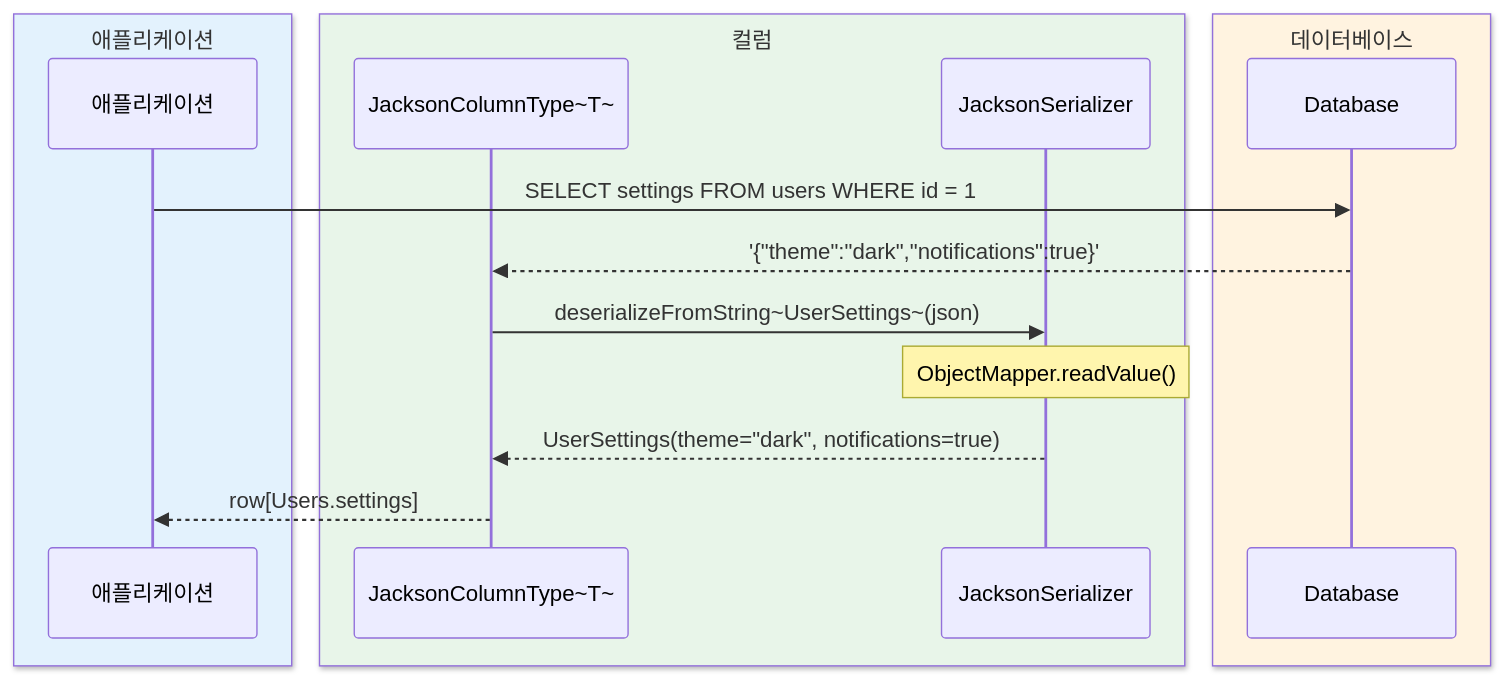
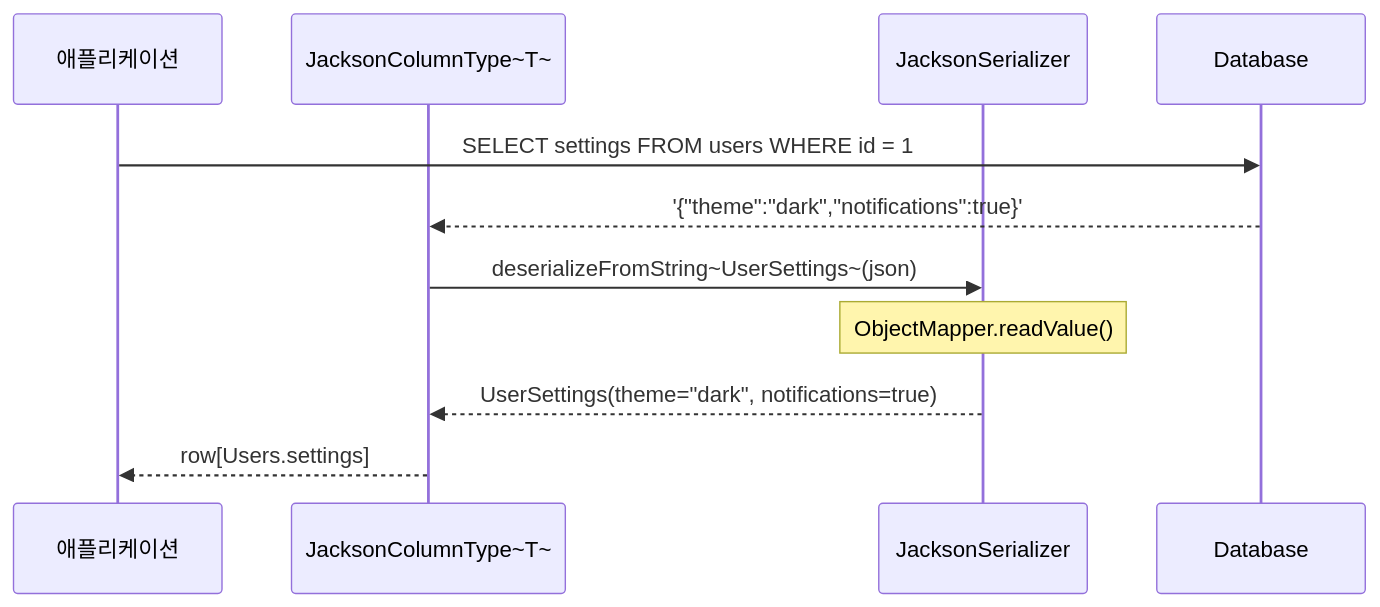
The fourth of 4 diagrams in data/exposed-jackson2/README.ko.md (bluetape4k/bluetape4k-projects), drawn with Mermaid before and after one commit. The commit also changed other lines of this file and 219 other files, not shown here.

First line of the commit message:
docs: 전체 README Mermaid 다이어그램 가이드 적용

````diff
--- a/data/exposed-jackson2/README.ko.md
+++ b/data/exposed-jackson2/README.ko.md
@@ -213,20 +207,14 @@
 ```mermaid
 sequenceDiagram
-    box rgb(227, 242, 253) 애플리케이션
         participant App as 애플리케이션
-    end
-    box rgb(232, 245, 233) 컬럼
         participant Col as JacksonColumnType~T~
         participant Ser as JacksonSerializer
-    end
-    box rgb(255, 243, 224) 데이터베이스
         participant DB as Database
-    end
 
     App->>DB: SELECT settings FROM users WHERE id = 1
     DB-->>Col: '{"theme":"dark","notifications":true}'
     Col->>Ser: deserializeFromString~UserSettings~(json)
     Note over Ser: ObjectMapper.readValue()
     Ser-->>Col: UserSettings(theme="dark", notifications=true)
     Col-->>App: row[Users.settings]
 ```
````
